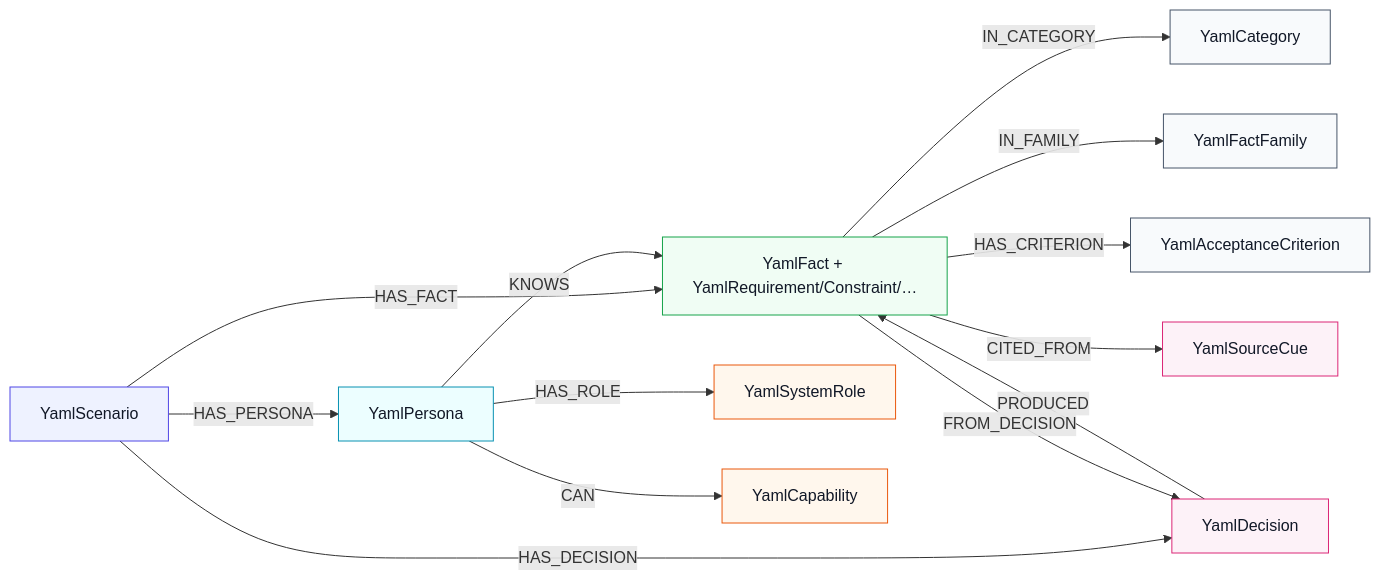
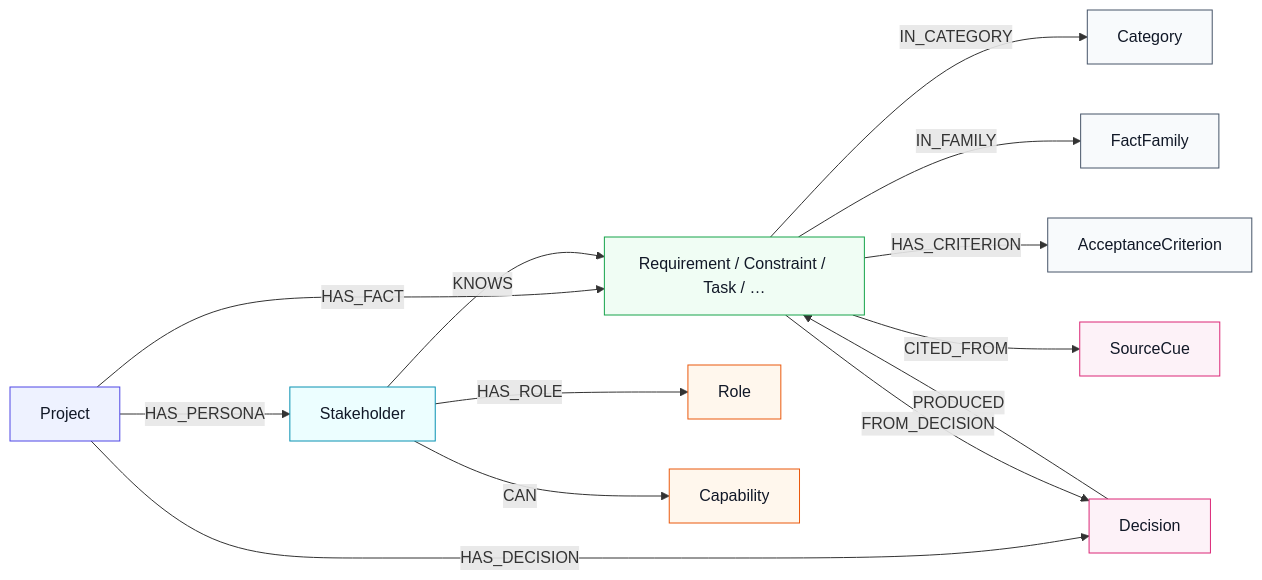
Before and after one commit to Snickdx/sellm: the diagram in docs/YAML_GRAPH_MODEL.md, drawn with Mermaid. The commit also changed other lines of this file and 5 other files, not shown here.

Commit message:
refactor: use Excel-aligned domain names in scenario vector and graph stores

````diff
--- a/docs/YAML_GRAPH_MODEL.md
+++ b/docs/YAML_GRAPH_MODEL.md
@@ -84,33 +89,33 @@
 ```mermaid
 flowchart LR
     classDef pkg fill:#eef2ff,stroke:#4f46e5,color:#111827,stroke-width:1px;
     classDef actor fill:#ecfeff,stroke:#0891b2,color:#111827,stroke-width:1px;
     classDef knowledge fill:#f0fdf4,stroke:#16a34a,color:#111827,stroke-width:1px;
     classDef governance fill:#fff7ed,stroke:#ea580c,color:#111827,stroke-width:1px;
     classDef provenance fill:#fdf2f8,stroke:#db2777,color:#111827,stroke-width:1px;
     classDef domain fill:#f8fafc,stroke:#475569,color:#111827,stroke-width:1px;
 
-    SC["YamlScenario"]:::pkg
-    PE["YamlPersona"]:::actor
-    FA["YamlFact + YamlRequirement/Constraint/…"]:::knowledge
-    CAT["YamlCategory"]:::domain
-    FAM["YamlFactFamily"]:::domain
-    AC["YamlAcceptanceCriterion"]:::domain
-    SR["YamlSystemRole"]:::governance
-    CP["YamlCapability"]:::governance
-    DE["YamlDecision"]:::provenance
-    CU["YamlSourceCue"]:::provenance
+    SC["Project"]:::pkg
+    PE["Stakeholder"]:::actor
+    FA["Requirement / Constraint / Task / …"]:::knowledge
+    CAT["Category"]:::domain
+    FAM["FactFamily"]:::domain
+    AC["AcceptanceCriterion"]:::domain
+    SR["Role"]:::governance
+    CP["Capability"]:::governance
+    DE["Decision"]:::provenance
+    CU["SourceCue"]:::provenance
 
     SC -- HAS_PERSONA --> PE
     SC -- HAS_FACT --> FA
     SC -- HAS_DECISION --> DE
     PE -- KNOWS --> FA
     PE -- HAS_ROLE --> SR
     PE -- CAN --> CP
     FA -- IN_CATEGORY --> CAT
     FA -- IN_FAMILY --> FAM
     FA -- HAS_CRITERION --> AC
     FA -- FROM_DECISION --> DE
     DE -- PRODUCED --> FA
     FA -- CITED_FROM --> CU
 ```
````
